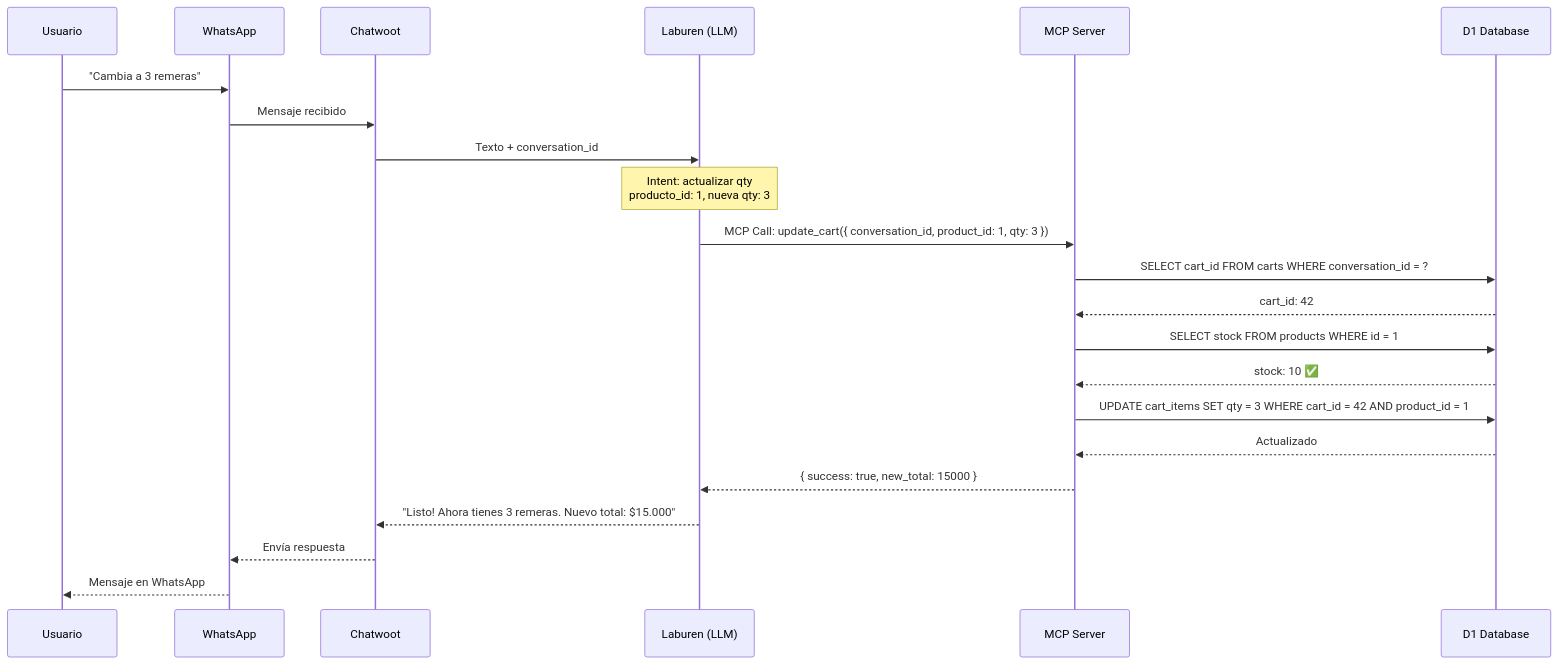
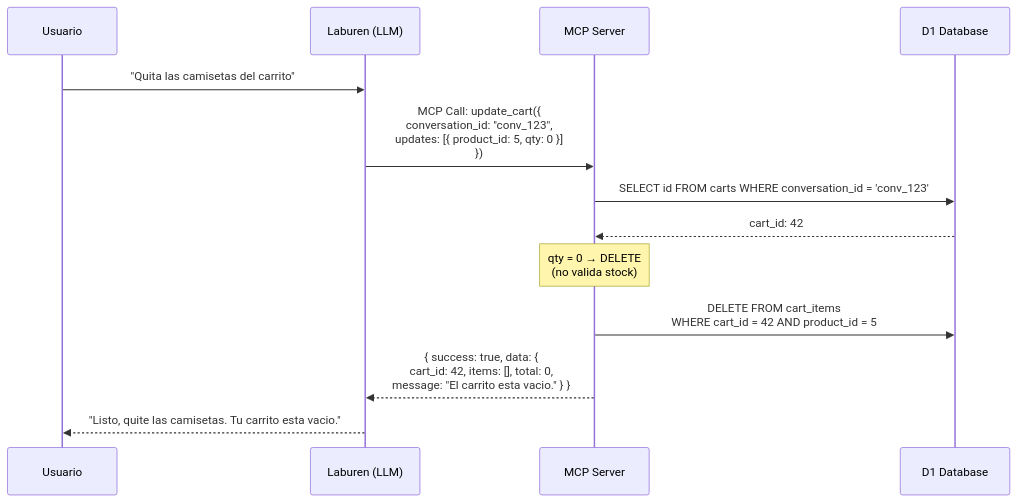
The sixth of 7 diagrams in docs/flujo-agente.md (ArielDRighi/laburen-challenge), drawn with Mermaid before and after one commit. The commit also changed other lines of this file and 4 other files, not shown here.

First line of the commit message:
fix: Corregir validación de stock acumulado y documentación MCP

````diff
--- a/docs/flujo-agente.md
+++ b/docs/flujo-agente.md
@@ -199,32 +240,22 @@
 ```mermaid
 sequenceDiagram
     participant U as Usuario
-    participant W as WhatsApp
-    participant C as Chatwoot
     participant L as Laburen (LLM)
     participant M as MCP Server
     participant D as D1 Database
 
-    U->>W: "Cambia a 3 remeras"
-    W->>C: Mensaje recibido
-    C->>L: Texto + conversation_id
+    U->>L: "Quita las camisetas del carrito"
 
-    Note over L: Intent: actualizar qty<br/>producto_id: 1, nueva qty: 3
+    L->>M: MCP Call: update_cart({<br/>  conversation_id: "conv_123",<br/>  updates: [{ product_id: 5, qty: 0 }]<br/>})
 
-    L->>M: MCP Call: update_cart({ conversation_id, product_id: 1, qty: 3 })
-
-    M->>D: SELECT cart_id FROM carts WHERE conversation_id = ?
+    M->>D: SELECT id FROM carts WHERE conversation_id = 'conv_123'
     D-->>M: cart_id: 42
 
-    M->>D: SELECT stock FROM products WHERE id = 1
-    D-->>M: stock: 10 ✅
+    Note over M: qty = 0 → DELETE<br/>(no valida stock)
 
-    M->>D: UPDATE cart_items SET qty = 3 WHERE cart_id = 42 AND product_id = 1
-    D-->>M: Actualizado
+    M->>D: DELETE FROM cart_items<br/>WHERE cart_id = 42 AND product_id = 5
 
-    M-->>L: { success: true, new_total: 15000 }
+    M-->>L: { success: true, data: {<br/>  cart_id: 42, items: [], total: 0,<br/>  message: "El carrito esta vacio." } }
 
-    L-->>C: "Listo! Ahora tienes 3 remeras. Nuevo total: $15.000"
-    C-->>W: Envía respuesta
-    W-->>U: Mensaje en WhatsApp
+    L-->>U: "Listo, quite las camisetas. Tu carrito esta vacio."
 ```
````
